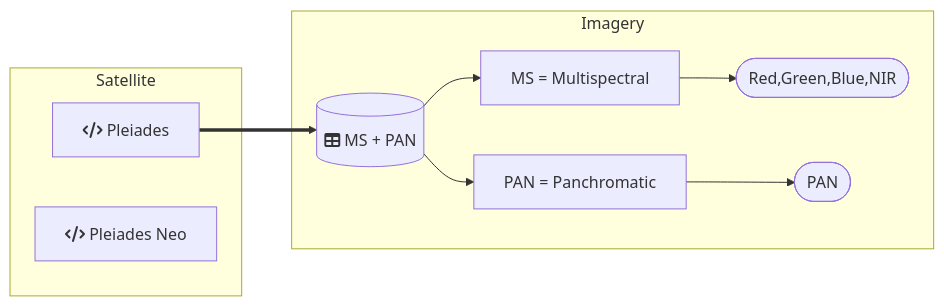
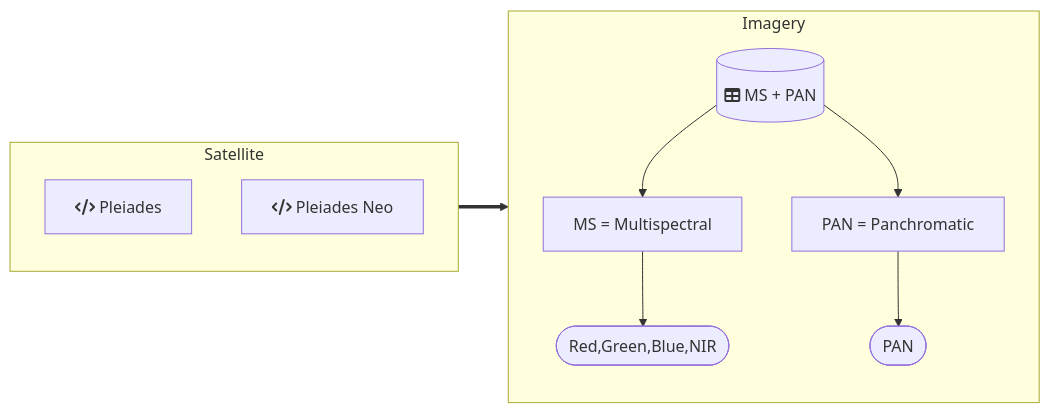
Before and after one commit to DippoldEJ/Satellite-Datasets: the diagram in README.md, drawn with Mermaid.

````diff
--- a/README.md
+++ b/README.md
@@ -10,22 +10,22 @@
 ```mermaid
 flowchart LR;
 
 subgraph e[Satellite]
     s[fa:fa-code Pleiades]
     a[fa:fa-code Pleiades Neo]
     end
 
  subgraph f[Imagery]
         db[(fa:fa-table MS + PAN)]
         m[MS = Multispectral]
         p[PAN = Panchromatic]
         b([Red,Green,Blue,NIR])
         c([PAN])
     end
 
-    s==>db
+    e==>f
     db-->m
     db-->p
     m-->b
     p-->c
 ```
````
